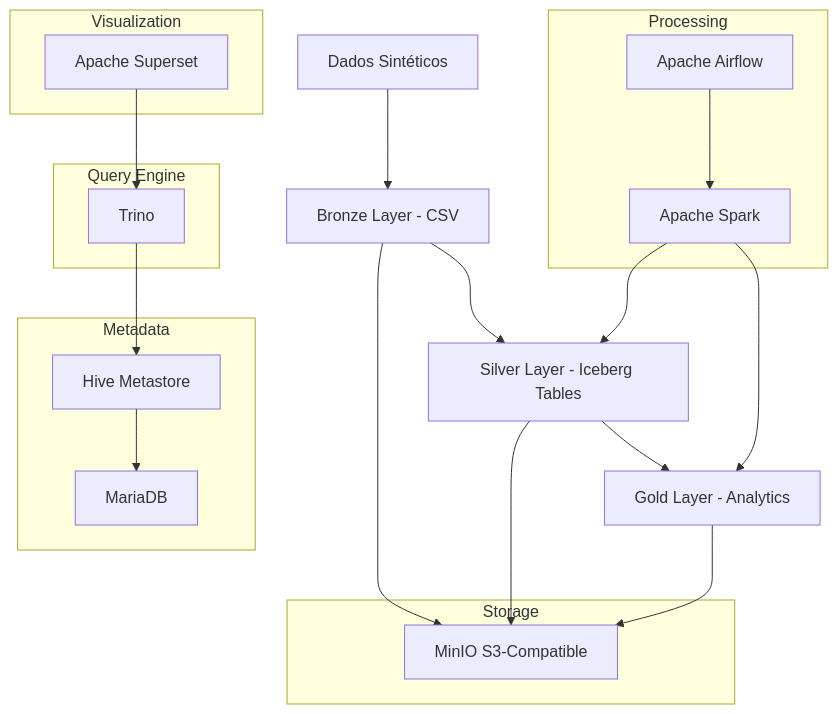
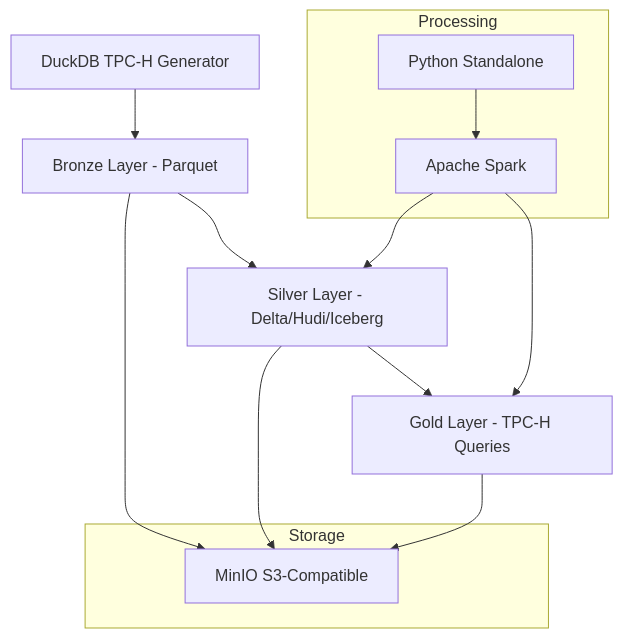
The diagram in README.md (italovinicius18/lhbench-v2), drawn with Mermaid before and after one commit. The commit also changed other lines of this file and 46 other files, not shown here.

````diff
--- a/README.md
+++ b/README.md
@@ -13,38 +104,22 @@
 ```mermaid
 graph TD
-    A[Dados Sintéticos] --> B[Bronze Layer - CSV]
-    B --> C[Silver Layer - Iceberg Tables]
-    C --> D[Gold Layer - Analytics]
+    A[DuckDB TPC-H Generator] --> B[Bronze Layer - Parquet]
+    B --> C[Silver Layer - Delta/Hudi/Iceberg]
+    C --> D[Gold Layer - TPC-H Queries]
     
     subgraph "Storage"
         E[MinIO S3-Compatible]
     end
     
     subgraph "Processing"
         F[Apache Spark]
-        G[Apache Airflow]
-    end
-    
-    subgraph "Metadata"
-        H[Hive Metastore]
-        I[MariaDB]
-    end
-    
-    subgraph "Query Engine"
-        J[Trino]
-    end
-    
-    subgraph "Visualization"
-        K[Apache Superset]
+        G[Python Standalone]
     end
     
     B --> E
     C --> E
     D --> E
     F --> C
     F --> D
     G --> F
-    H --> I
-    J --> H
-    K --> J
 ```
````
